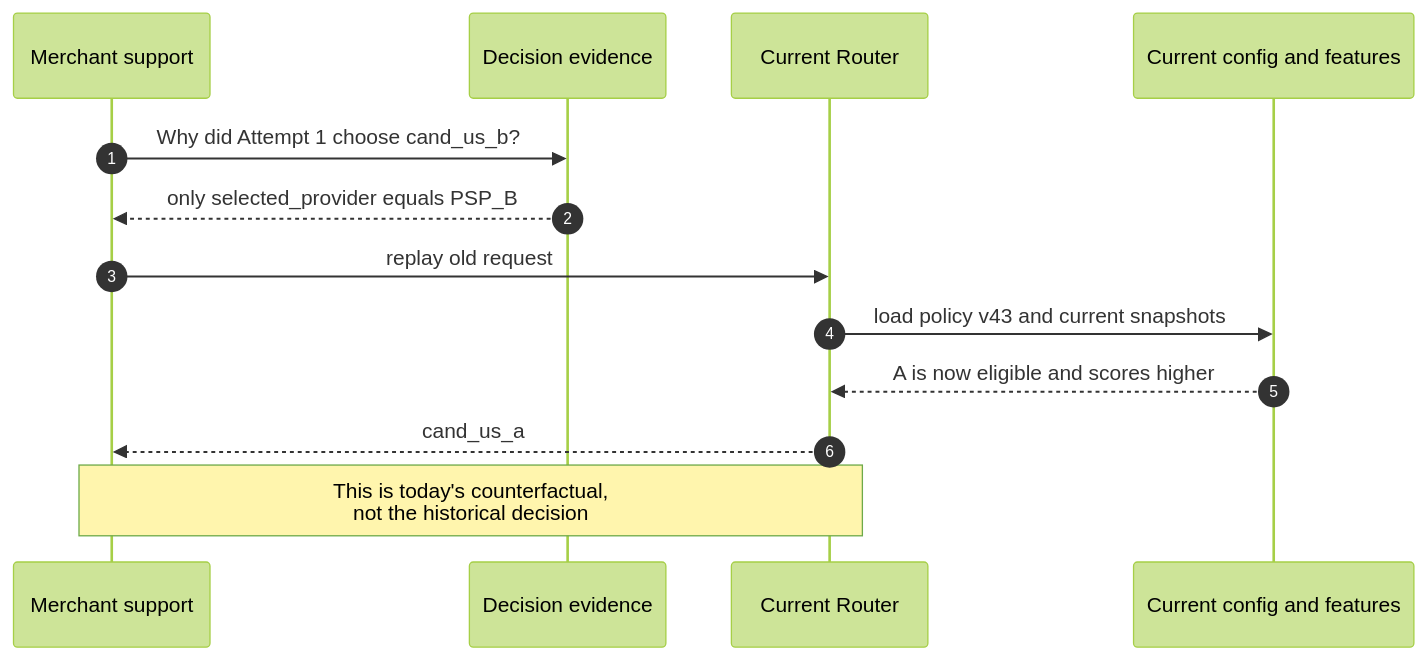
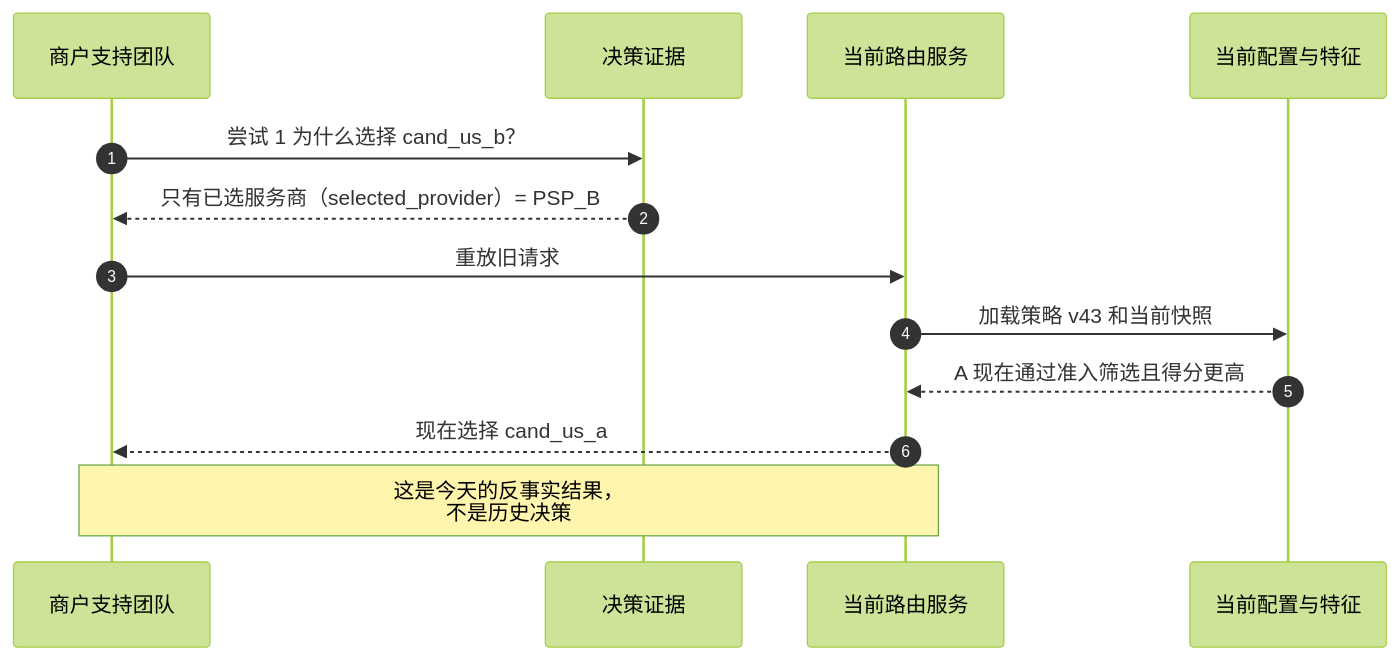
Before and after one commit to YouEclipse/Designing-Modern-Payment-Systems: the first of 4 diagrams in part-4-operating-at-scale/routing-decision-store.md, drawn with Mermaid (forest theme). The commit also changed other lines of this file and 59 other files, not shown here.

````diff
--- a/part-4-operating-at-scale/routing-decision-store.md
+++ b/part-4-operating-at-scale/routing-decision-store.md
@@ -47,16 +47,16 @@
 ```mermaid
 sequenceDiagram
     autonumber
-    participant M as Merchant support
-    participant DS as Decision evidence
-    participant R as Current Router
-    participant C as Current config and features
+    participant M as 商户支持团队
+    participant DS as 决策证据
+    participant R as 当前路由服务
+    participant C as 当前配置与特征
 
-    M->>DS: Why did Attempt 1 choose cand_us_b?
-    DS-->>M: only selected_provider equals PSP_B
-    M->>R: replay old request
-    R->>C: load policy v43 and current snapshots
-    C-->>R: A is now eligible and scores higher
-    R-->>M: cand_us_a
-    Note over M,R: This is today's counterfactual,<br/>not the historical decision
+    M->>DS: 尝试 1 为什么选择 cand_us_b？
+    DS-->>M: 只有已选服务商（selected_provider）= PSP_B
+    M->>R: 重放旧请求
+    R->>C: 加载策略 v43 和当前快照
+    C-->>R: A 现在通过准入筛选且得分更高
+    R-->>M: 现在选择 cand_us_a
+    Note over M,R: 这是今天的反事实结果，<br/>不是历史决策
 ```
````
